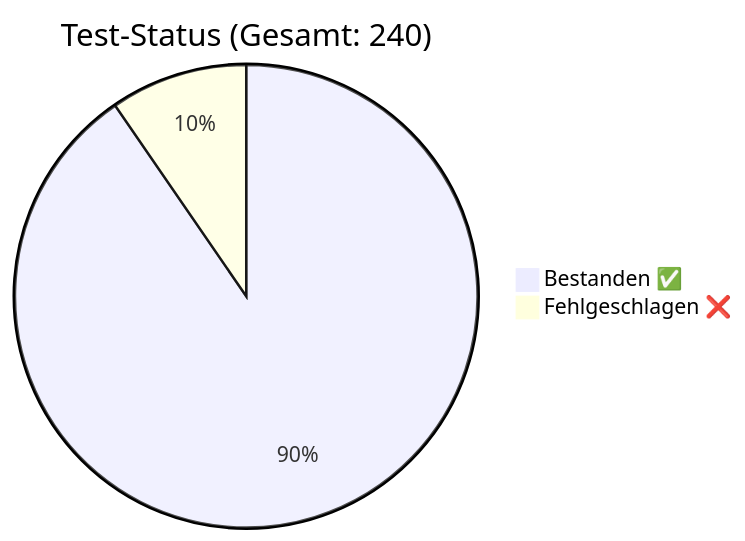
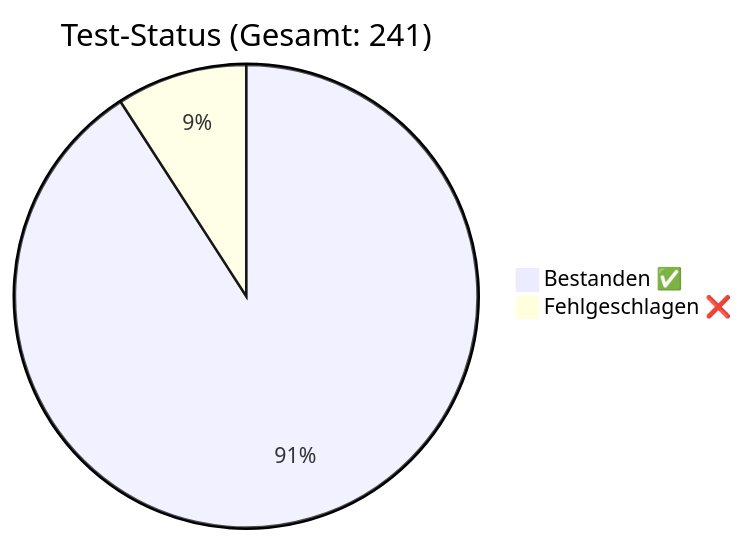
Before and after one commit to rorila/GCS: the diagram in docs/QA_Report.md, drawn with Mermaid. The commit also changed other lines of this file and 14 other files, not shown here.

Commit message:
Fix FlowNodeFactory defaults issue and TS errors (inkl. Doku)

````diff
--- a/docs/QA_Report.md
+++ b/docs/QA_Report.md
@@ -7,5 +7,5 @@
 ```mermaid
-pie title Test-Status (Gesamt: 240)
-    "Bestanden ✅" : 217
-    "Fehlgeschlagen ❌" : 23
+pie title Test-Status (Gesamt: 241)
+    "Bestanden ✅" : 219
+    "Fehlgeschlagen ❌" : 22
 ```
````
